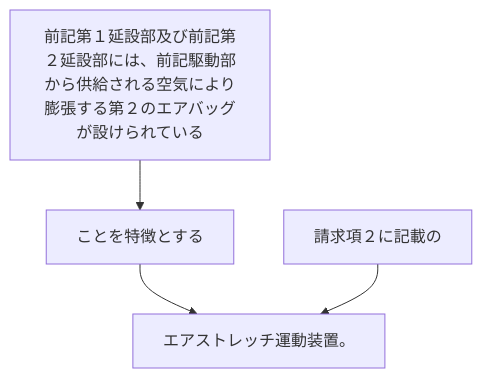
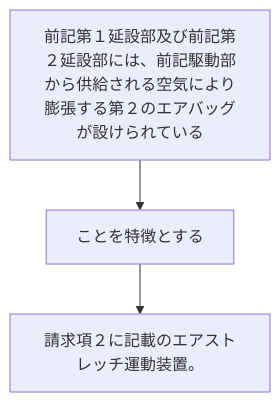
The diagram in 2024/JP2024021337A/claim_3/README.md (shinmori55/patent_analyzed), drawn with Mermaid before and after one commit. The commit also changed 336 other files, not shown here.

````diff
--- a/2024/JP2024021337A/claim_3/README.md
+++ b/2024/JP2024021337A/claim_3/README.md
@@ -3,10 +3,8 @@
 ```mermaid
 flowchart TD
 A[前記第１延設部及び前記第２延設部には、前記駆動部から供給される空気により膨張する第２のエアバッグが設けられている]
 B[ことを特徴とする]
-C[請求項２に記載の]
-D[エアストレッチ運動装置。]
+C[請求項２に記載のエアストレッチ運動装置。]
 A --> B
-B --> D
-C --> D
+B --> C
 ```
````
